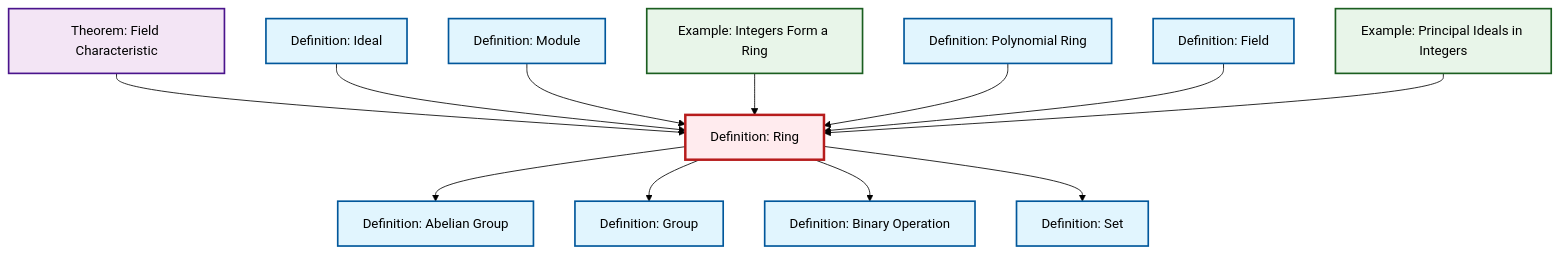
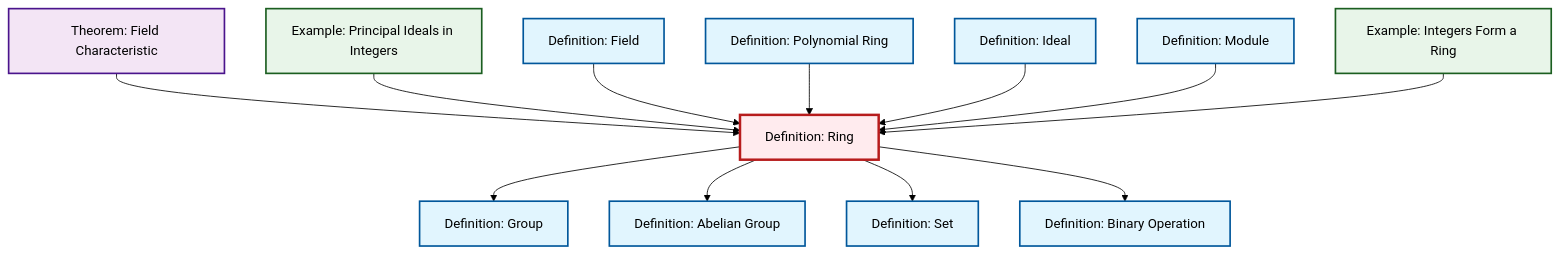
The diagram in content/en/algebra/def-ring.qmd (RK0429/ModernMath), drawn with Mermaid (forest theme) before and after one commit. The commit also changed other lines of this file and 497 other files, not shown here.

````diff
--- a/content/en/algebra/def-ring.qmd
+++ b/content/en/algebra/def-ring.qmd
@@ -61,44 +61,44 @@
 ```{mermaid}
 %%| fig-cap: "Local dependency graph"
 graph TD
     classDef definition fill:#e1f5fe,stroke:#01579b,stroke-width:2px
     classDef theorem fill:#f3e5f5,stroke:#4a148c,stroke-width:2px
     classDef axiom fill:#fff3e0,stroke:#e65100,stroke-width:2px
     classDef example fill:#e8f5e9,stroke:#1b5e20,stroke-width:2px
     classDef current fill:#ffebee,stroke:#b71c1c,stroke-width:3px
-    thm-field-characteristic["Theorem: Field Characteristic"]:::theorem
-    def-abelian-group["Definition: Abelian Group"]:::definition
-    def-ideal["Definition: Ideal"]:::definition
     def-field["Definition: Field"]:::definition
     def-module["Definition: Module"]:::definition
     def-set["Definition: Set"]:::definition
+    ex-principal-ideal["Example: Principal Ideals in Integers"]:::example
+    def-ideal["Definition: Ideal"]:::definition
+    def-binary-operation["Definition: Binary Operation"]:::definition
+    def-ring["Definition: Ring"]:::definition
+    def-group["Definition: Group"]:::definition
+    def-abelian-group["Definition: Abelian Group"]:::definition
     def-polynomial-ring["Definition: Polynomial Ring"]:::definition
-    def-group["Definition: Group"]:::definition
-    def-ring["Definition: Ring"]:::definition
-    def-binary-operation["Definition: Binary Operation"]:::definition
-    ex-principal-ideal["Example: Principal Ideals in Integers"]:::example
+    thm-field-characteristic["Theorem: Field Characteristic"]:::theorem
     ex-integers-ring["Example: Integers Form a Ring"]:::example
+    thm-field-characteristic --> def-ring
+    ex-principal-ideal --> def-ring
+    def-field --> def-ring
+    def-ring --> def-group
     def-ring --> def-abelian-group
-    thm-field-characteristic --> def-ring
-    def-ideal --> def-ring
-    def-module --> def-ring
-    def-ring --> def-group
-    def-ring --> def-binary-operation
-    ex-integers-ring --> def-ring
     def-polynomial-ring --> def-ring
     def-ring --> def-set
-    def-field --> def-ring
-    ex-principal-ideal --> def-ring
+    def-ideal --> def-ring
+    def-ring --> def-binary-operation
+    def-module --> def-ring
+    ex-integers-ring --> def-ring
     class def-ring current
-    click thm-field-characteristic "thm-field-characteristic.html" "Go to Field Characteristic theorem"
-    click def-abelian-group "def-abelian-group.html" "Go to Abelian Group definition"
-    click def-ideal "def-ideal.html" "Go to Ideal definition"
     click def-field "def-field.html" "Go to Field definition"
     click def-module "def-module.html" "Go to Module definition"
     click def-set "def-set.html" "Go to Set definition"
+    click ex-principal-ideal "ex-principal-ideal.html" "Go to Principal Ideals in Integers example"
+    click def-ideal "def-ideal.html" "Go to Ideal definition"
+    click def-binary-operation "def-binary-operation.html" "Go to Binary Operation definition"
+    click def-group "def-group.html" "Go to Group definition"
+    click def-abelian-group "def-abelian-group.html" "Go to Abelian Group definition"
     click def-polynomial-ring "def-polynomial-ring.html" "Go to Polynomial Ring definition"
-    click def-group "def-group.html" "Go to Group definition"
-    click def-binary-operation "def-binary-operation.html" "Go to Binary Operation definition"
-    click ex-principal-ideal "ex-principal-ideal.html" "Go to Principal Ideals in Integers example"
+    click thm-field-characteristic "thm-field-characteristic.html" "Go to Field Characteristic theorem"
     click ex-integers-ring "ex-integers-ring.html" "Go to Integers Form a Ring example"
 ```
````
